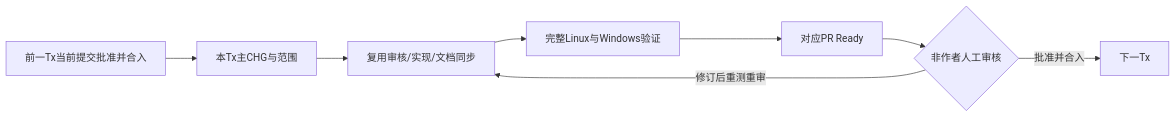
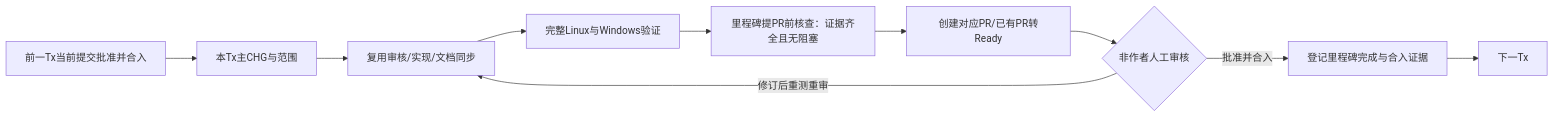
Before and after one commit to KunlunMeta-Limited/openpaw: the ninth of 9 diagrams in docs/engine-host/master.md, drawn with Mermaid. The commit also changed other lines of this file and 10 other files, not shown here.

```diff
--- a/docs/engine-host/master.md
+++ b/docs/engine-host/master.md
@@ -896,10 +980,12 @@
 ~~~mermaid
 flowchart LR
     A[前一Tx当前提交批准并合入] --> B[本Tx主CHG与范围]
     B --> C[复用审核/实现/文档同步]
     C --> D[完整Linux与Windows验证]
-    D --> E[对应PR Ready]
+    D --> V[里程碑提PR前核查：证据齐全且无阻塞]
+    V --> E[创建对应PR/已有PR转Ready]
     E --> F{非作者人工审核}
     F -->|修订后重测重审| C
-    F -->|批准并合入| G[下一Tx]
+    F -->|批准并合入| M[登记里程碑完成与合入证据]
+    M --> G[下一Tx]
 ~~~
```
